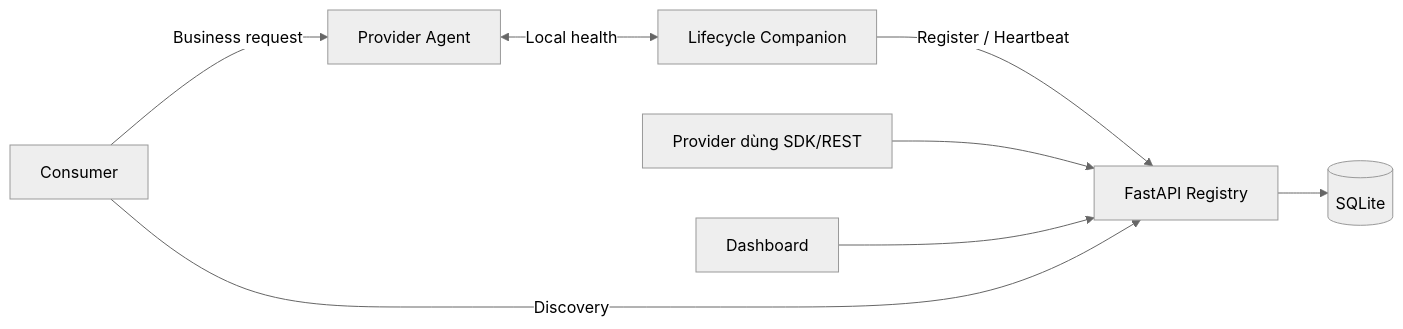
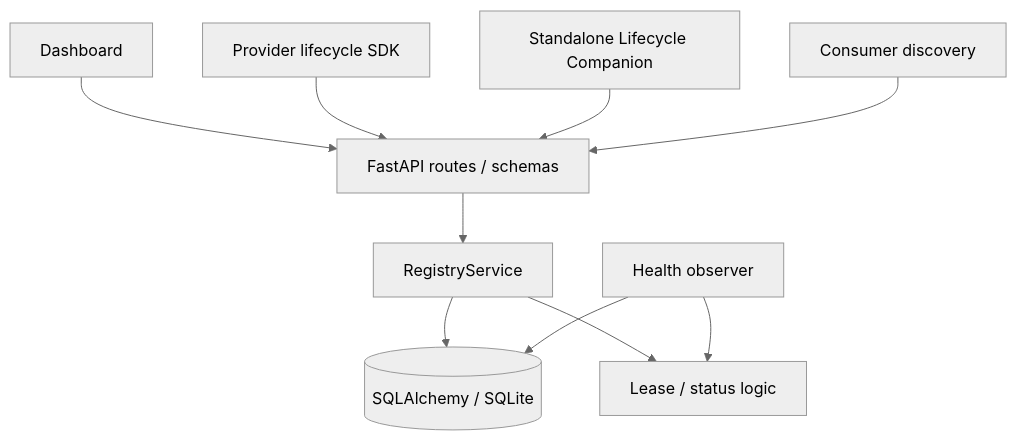
Before and after one commit to HPHind110/agent-registry: the first of 4 diagrams in docs/architecture.md, drawn with Mermaid (neutral theme). The commit also changed other lines of this file and 7 other files, not shown here.

First line of the commit message:
docs: restore comprehensive Registry documentation for HTTPS and Companion

````diff
--- a/docs/architecture.md
+++ b/docs/architecture.md
@@ -7,10 +26,12 @@
-~~~mermaid
-flowchart LR
-    P[Provider Agent] <-->|Local health| X[Lifecycle Companion]
-    X -->|Register / Heartbeat| R[FastAPI Registry]
-    S[Provider dùng SDK/REST] --> R
-    U[Dashboard] --> R
-    C[Consumer] -->|Discovery| R
-    C -->|Business request| P
-    R --> DB[(SQLite)]
-~~~
+```mermaid
+flowchart TD
+    UI[Dashboard] --> API[FastAPI routes / schemas]
+    SDK[Provider lifecycle SDK] --> API
+    COMP[Standalone Lifecycle Companion] --> API
+    C[Consumer discovery] --> API
+    API --> S[RegistryService]
+    S --> DB[(SQLAlchemy / SQLite)]
+    S --> L[Lease / status logic]
+    O[Health observer] --> DB
+    O --> L
+```
````
